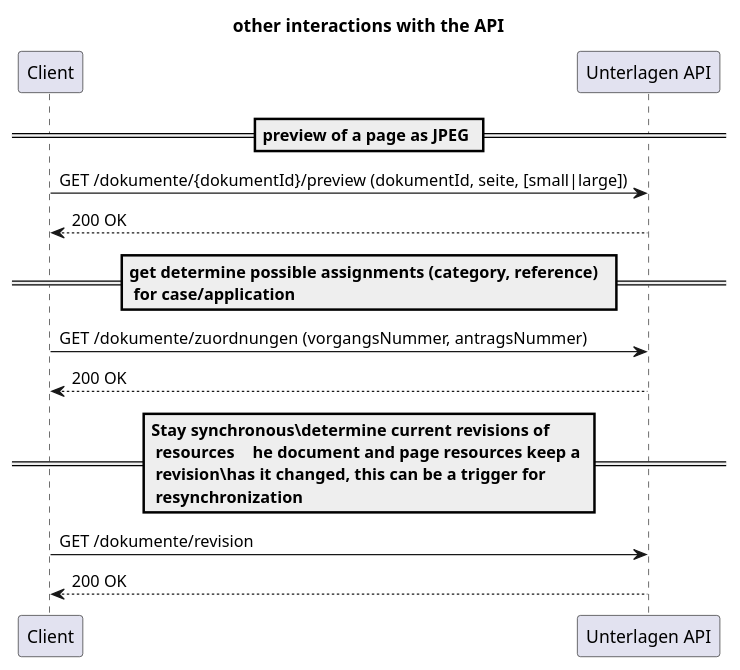
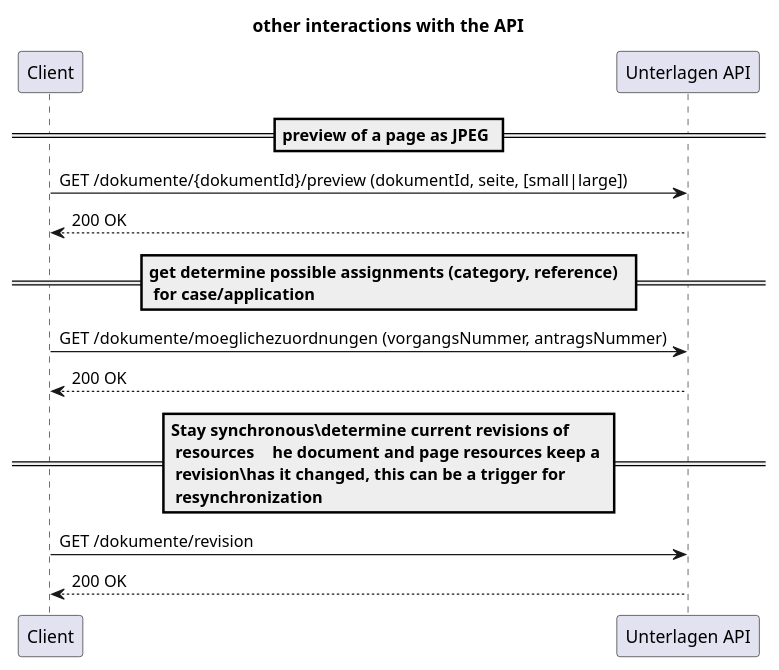
The diagram in docs/Sonstiges.puml (europace/unterlagen-api), drawn with PlantUML before and after one commit.

Commit message:
Replace /dokumente/zuordnungen with /dokumente/moeglichezuordnungen in Sonstiges.puml
In the sequence diagram a deprecated endpoint was used.

```diff
--- a/docs/Sonstiges.puml
+++ b/docs/Sonstiges.puml
@@ -1,19 +1,19 @@
 @startuml
 title other interactions with the API
 
 participant Client as c
 participant "Unterlagen API" as api
 
 == preview of a page as JPEG ==
 c -> api: GET /dokumente/{dokumentId}/preview (dokumentId, seite, [small|large])
 api --> c: 200 OK
 
 == get determine possible assignments (category, reference)  \n for case/application ==
-c -> api: GET /dokumente/zuordnungen (vorgangsNummer, antragsNummer)
+c -> api: GET /dokumente/moeglichezuordnungen (vorgangsNummer, antragsNummer)
 api --> c: 200 OK
 
 == Stay synchronous\determine current revisions of \n resources\the document and page resources keep a \n revision\has it changed, this can be a trigger for  \n resynchronization ==
 c -> api: GET /dokumente/revision
 api --> c: 200 OK
 
 @enduml
```
